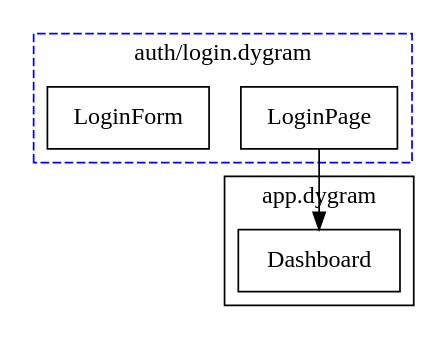
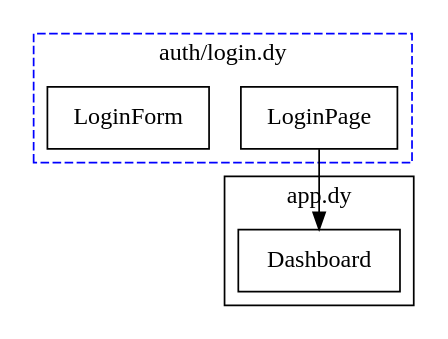
Before and after one commit to christopherdebeer/machine: the first of 3 diagrams in docs/development/IMPORT_SYSTEM_INTEGRATION.md, drawn with Graphviz. The commit also changed other lines of this file and 100 other files, not shown here.

````diff
--- a/docs/development/IMPORT_SYSTEM_INTEGRATION.md
+++ b/docs/development/IMPORT_SYSTEM_INTEGRATION.md
@@ -283,20 +283,20 @@
 ```dot
 digraph G {
     subgraph cluster_auth {
-        label = "auth/login.dygram";
+        label = "auth/login.dy";
         style = "dashed";
         color = "blue";
 
         LoginPage [shape=box];
         LoginForm [shape=box];
     }
 
     subgraph cluster_main {
-        label = "app.dygram";
+        label = "app.dy";
 
         Dashboard [shape=box];
     }
 
     LoginPage -> Dashboard;
 }
 ```
````
